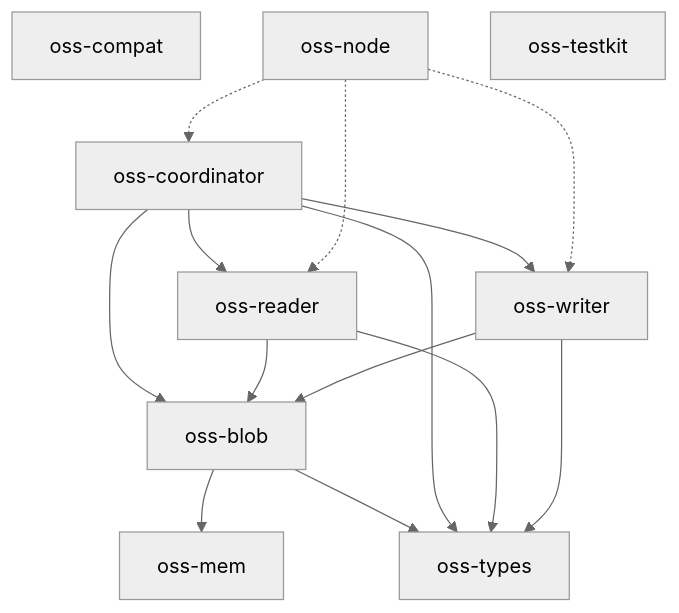
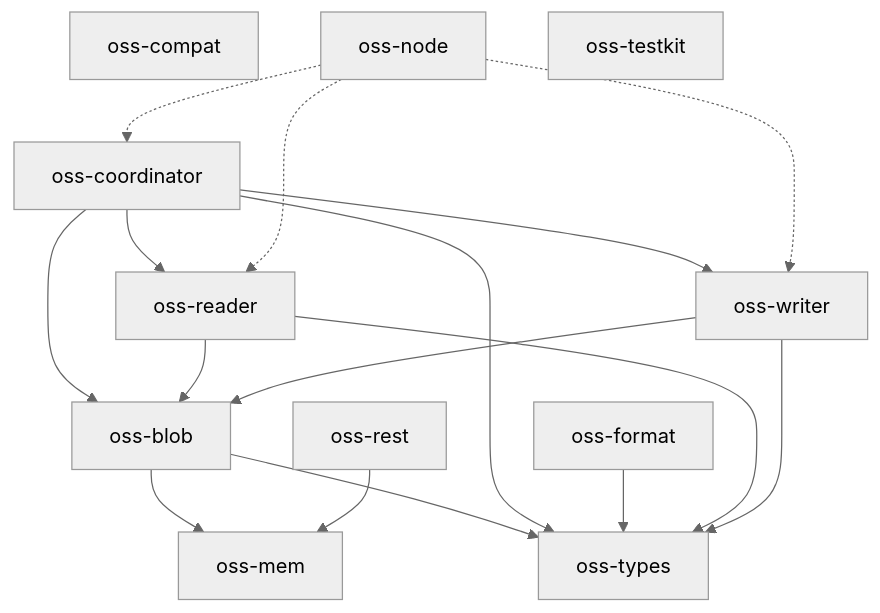
One commit to huyz0/opensearch-serverless changed the diagram in docs/architecture.md. Above: the diagram before and after it, drawn with Mermaid (neutral theme). The commit also changed other lines of this file and 17 other files, not shown here.

````diff
--- a/docs/architecture.md
+++ b/docs/architecture.md
@@ -10,20 +10,22 @@
 ```mermaid
 graph TD
     oss-blob --> oss-mem
     oss-blob --> oss-types
     oss-compat
     oss-coordinator --> oss-blob
     oss-coordinator --> oss-reader
     oss-coordinator --> oss-types
     oss-coordinator --> oss-writer
+    oss-format --> oss-types
     oss-mem
     oss-node -.-> oss-coordinator
     oss-node -.-> oss-reader
     oss-node -.-> oss-writer
     oss-reader --> oss-blob
     oss-reader --> oss-types
+    oss-rest --> oss-mem
     oss-testkit
     oss-types
     oss-writer --> oss-blob
     oss-writer --> oss-types
 ```
````
